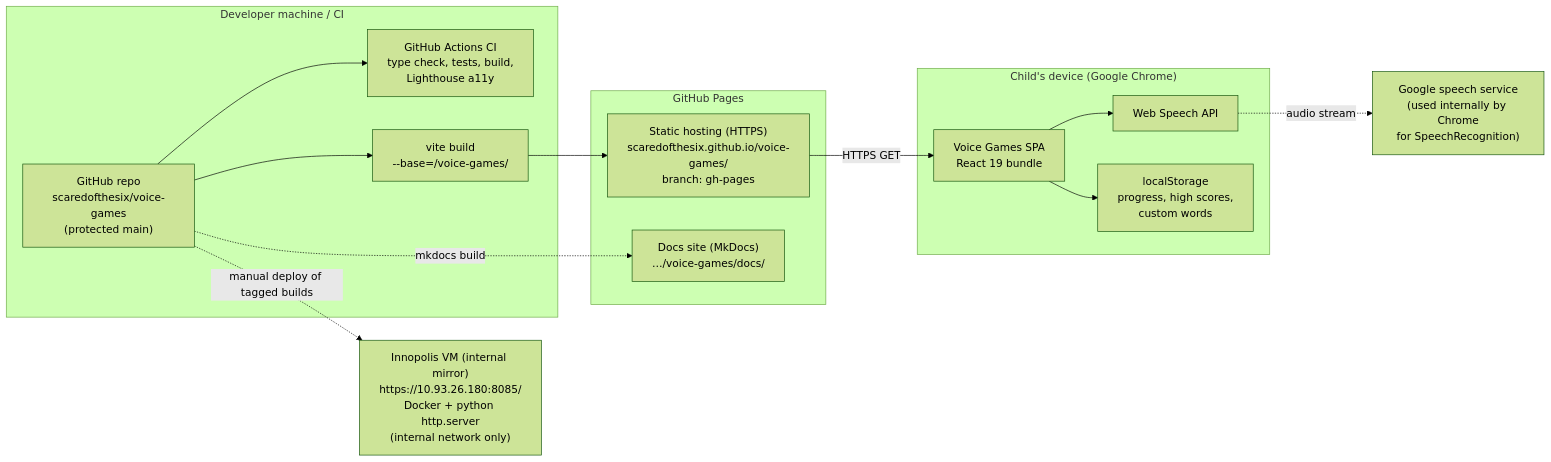
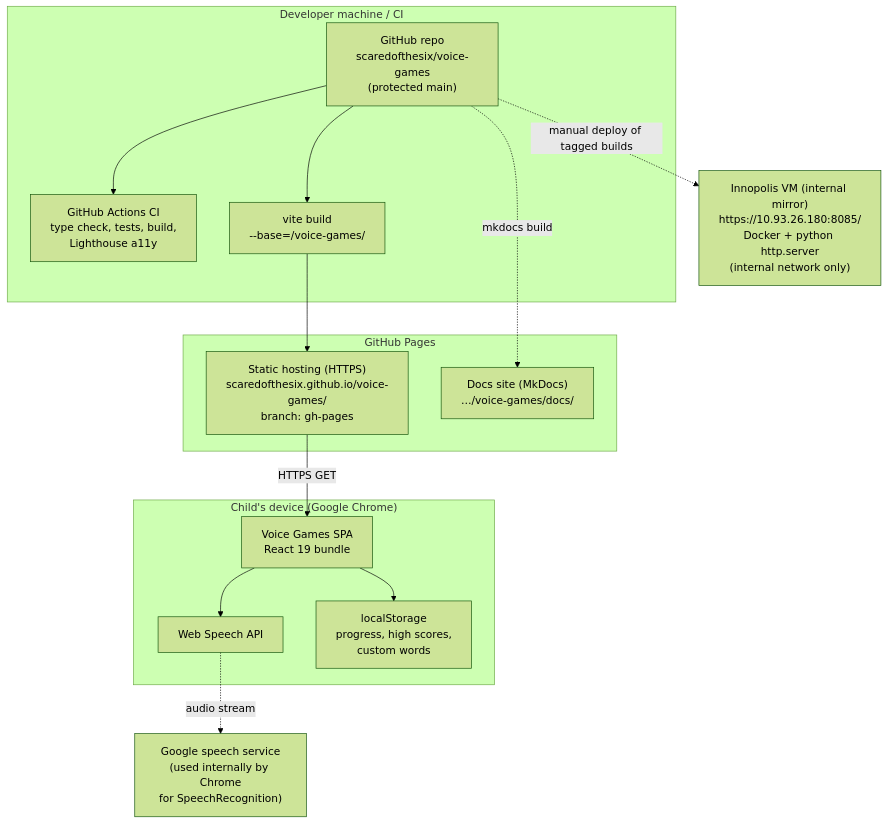
Before and after one commit to scaredofthesix/voice-games: the diagram in docs/architecture/deployment-view.md, drawn with Mermaid (forest theme). The commit also changed 7 other files, not shown here.

First line of the commit message:
docs: sync backlog docs with the v0.3.0 state and make diagrams readable

````diff
--- a/docs/architecture/deployment-view.md
+++ b/docs/architecture/deployment-view.md
@@ -10,32 +10,32 @@
 ```mermaid
-flowchart LR
+flowchart TB
     subgraph Dev["Developer machine / CI"]
         Src["GitHub repo<br/>scaredofthesix/voice-games<br/>(protected main)"]
         CI["GitHub Actions CI<br/>type check, tests, build,<br/>Lighthouse a11y"]
         Build["vite build<br/>--base=/voice-games/"]
     end
 
     subgraph GH["GitHub Pages"]
         Pages["Static hosting (HTTPS)<br/>scaredofthesix.github.io/voice-games/<br/>branch: gh-pages"]
         DocsSite["Docs site (MkDocs)<br/>…/voice-games/docs/"]
     end
 
     subgraph Client["Child's device (Google Chrome)"]
         SPA["Voice Games SPA<br/>React 19 bundle"]
         WS["Web Speech API"]
         LS["localStorage<br/>progress, high scores,<br/>custom words"]
     end
 
     GSpeech["Google speech service<br/>(used internally by Chrome<br/>for SpeechRecognition)"]
 
     Src --> CI
     Src --> Build --> Pages
     Src -.->|mkdocs build| DocsSite
     Pages -->|HTTPS GET| SPA
     SPA --> WS
     SPA --> LS
     WS -.->|audio stream| GSpeech
 
     VM["Innopolis VM (internal mirror)<br/>https://10.93.26.180:8085/<br/>Docker + python http.server<br/>(internal network only)"]
     Src -.->|manual deploy of tagged builds| VM
 ```
````
